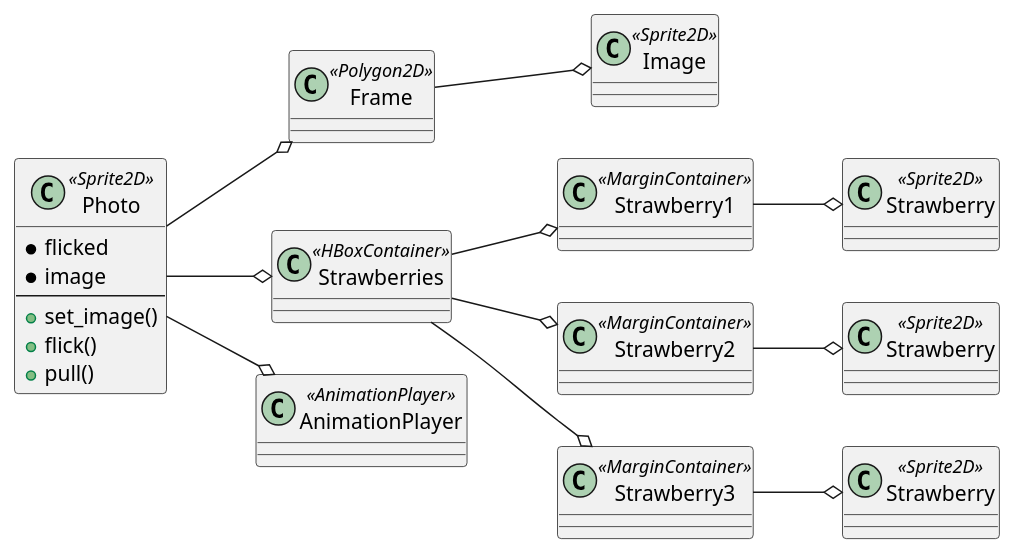
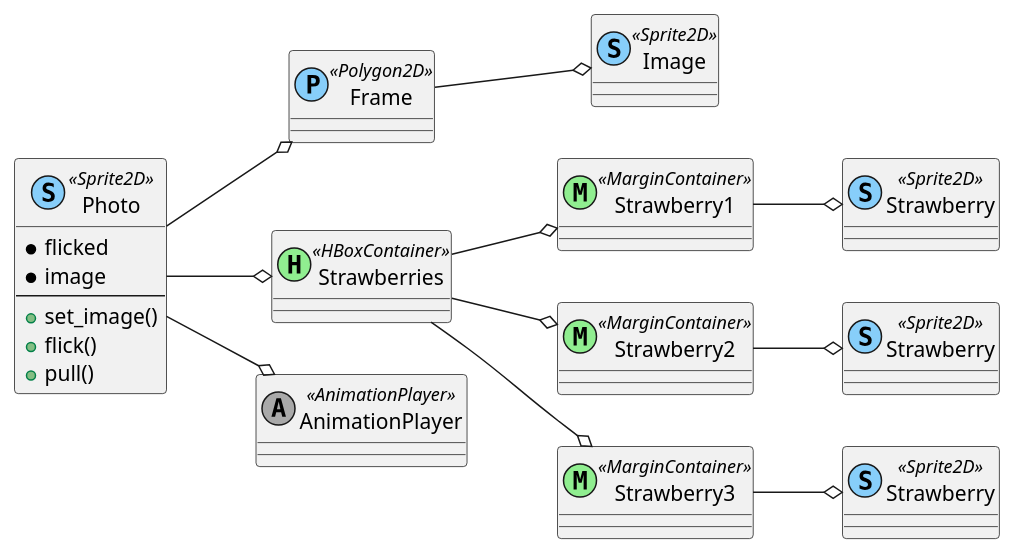
The diagram in content/scenes/src/beginning/chapters/menu/photo/photo.tscn.adoc (tkmfujise/Platformer-Game-Learning), drawn with PlantUML before and after one commit. The commit also changed 69 other files, not shown here.

Commit message:
Change scene diagram class color

```diff
--- a/content/scenes/src/beginning/chapters/menu/photo/photo.tscn.adoc
+++ b/content/scenes/src/beginning/chapters/menu/photo/photo.tscn.adoc
@@ -9,43 +9,43 @@
 [plantuml]
 ....
-class ROOT as "Photo" <<Sprite2D>> {
+class ROOT as "Photo" <<(S,lightskyblue) Sprite2D>> {
   * flicked
   * image
 ---
   + set_image()
   + flick()
   + pull()
 }
-class Frame as "Frame" <<Polygon2D>> {
+class Frame as "Frame" <<(P,lightskyblue) Polygon2D>> {
 }
-class Frame_Image as "Image" <<Sprite2D>> {
+class Frame_Image as "Image" <<(S,lightskyblue) Sprite2D>> {
 }
-class Strawberries as "Strawberries" <<HBoxContainer>> {
+class Strawberries as "Strawberries" <<(H,lightgreen) HBoxContainer>> {
 }
-class Strawberries_Strawberry1 as "Strawberry1" <<MarginContainer>> {
+class Strawberries_Strawberry1 as "Strawberry1" <<(M,lightgreen) MarginContainer>> {
 }
-class Strawberries_Strawberry1_Strawberry as "Strawberry" <<Sprite2D>> {
+class Strawberries_Strawberry1_Strawberry as "Strawberry" <<(S,lightskyblue) Sprite2D>> {
 }
-class Strawberries_Strawberry2 as "Strawberry2" <<MarginContainer>> {
+class Strawberries_Strawberry2 as "Strawberry2" <<(M,lightgreen) MarginContainer>> {
 }
-class Strawberries_Strawberry2_Strawberry as "Strawberry" <<Sprite2D>> {
+class Strawberries_Strawberry2_Strawberry as "Strawberry" <<(S,lightskyblue) Sprite2D>> {
 }
-class Strawberries_Strawberry3 as "Strawberry3" <<MarginContainer>> {
+class Strawberries_Strawberry3 as "Strawberry3" <<(M,lightgreen) MarginContainer>> {
 }
-class Strawberries_Strawberry3_Strawberry as "Strawberry" <<Sprite2D>> {
+class Strawberries_Strawberry3_Strawberry as "Strawberry" <<(S,lightskyblue) Sprite2D>> {
 }
-class AnimationPlayer as "AnimationPlayer" <<AnimationPlayer>> {
+class AnimationPlayer as "AnimationPlayer" <<(A,darkgray) AnimationPlayer>> {
 }
 ROOT --o Frame
 ROOT --o Strawberries
 ROOT --o AnimationPlayer
 Frame --o Frame_Image
 Strawberries --o Strawberries_Strawberry1
 Strawberries --o Strawberries_Strawberry2
 Strawberries --o Strawberries_Strawberry3
 Strawberries_Strawberry1 --o Strawberries_Strawberry1_Strawberry
 Strawberries_Strawberry2 --o Strawberries_Strawberry2_Strawberry
 Strawberries_Strawberry3 --o Strawberries_Strawberry3_Strawberry
 left to right direction
 
 ....
```
